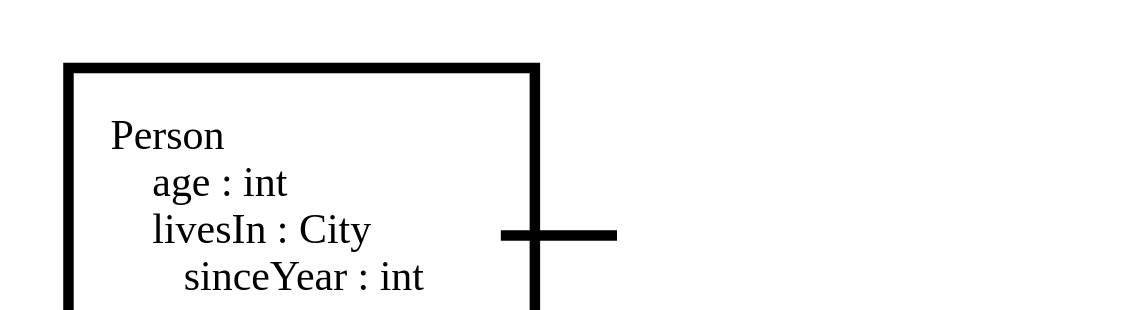
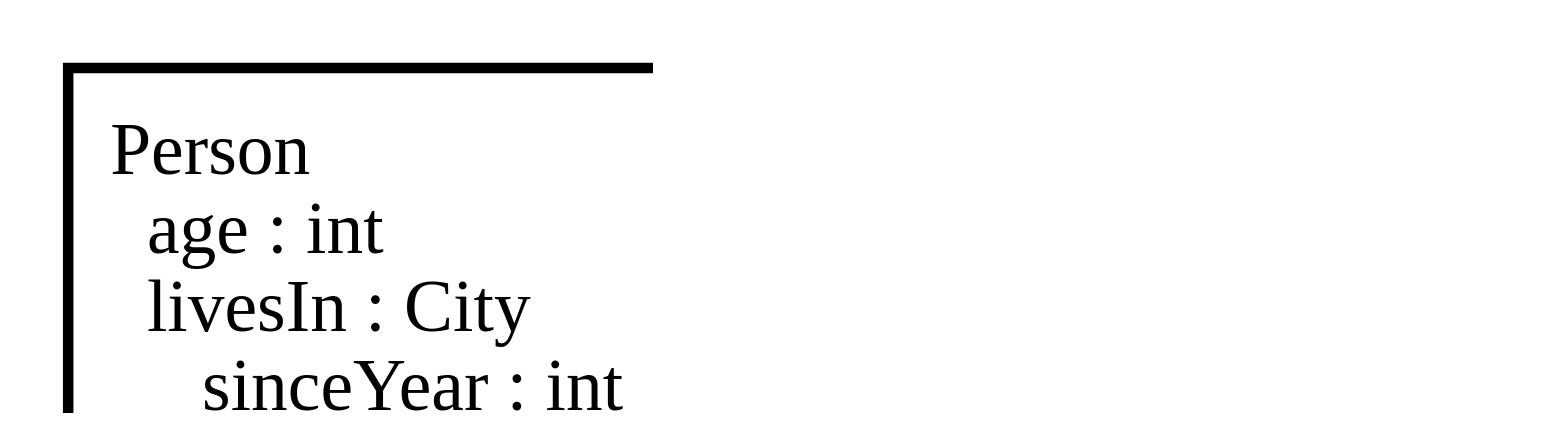
The diagram in question.9251556.problems-with-designing-uml-like-diagrams-in-graphviz/uml-like-graph-using-record-shapes.dot (potherca-blog/StackOverflow), drawn with Graphviz before and after one commit. The commit also changed 4 other files, not shown here.

Commit message:
Minor improvement for question.9251556.problems-with-designing-uml-like-diagrams-in-graphviz

```diff
--- a/question.9251556.problems-with-designing-uml-like-diagrams-in-graphviz/uml-like-graph-using-record-shapes.dot
+++ b/question.9251556.problems-with-designing-uml-like-diagrams-in-graphviz/uml-like-graph-using-record-shapes.dot
@@ -1,45 +1,40 @@
 digraph G {
 
     graph [
         compound = true     // To clip the head at the cluster border
         dpi = 200
-        fontname = "Bitstream Vera Sans"
-        fontsize = 8
         penwidth = 2        // Make the cluster's borders a bit thicker
         rankdir = "LR"
         ranksep = 1        // Add a bit more space inbetween nodes
     ]
 
     node [
         color = none        // Hide the node's border
         fontname = "Bitstream Vera Sans"
-        fontsize = 8
         height = 0          // Make the node as small as possible (it will grow if it needs more space)
         margin = 0          // Remove unneeded whitespace
         shape = "record"
     ]
 
     edge [
         arrowhead = "open"
-        fontname = "Bitstream Vera Sans"
         labelangle = -5     // Place the asteriks closer to the line
-        labelfontsize = 12  // Make the asteriks a bit bigger
         labeldistance = 2.5 // Place the asteriks further away from the arrow head
         penwidth = 2        // Make the line a bit thicker
     ]
 
     /* @NOTE: escaping spaces in the label using '\' doesn't seem to work so using '&nbsp' instead. */
     subgraph cluster_Person {
         Person [
-            label = "\N\l | &nbsp;&nbsp;&nbsp; age : int\l | <livesIn> &nbsp;&nbsp;&nbsp; livesIn : City\l | &nbsp;&nbsp;&nbsp;&nbsp;&nbsp;&nbsp; sinceYear : int\l"
+            label = "\N\l | &#92; &#92; &#92;  age : int\l | <livesIn> &#92; &#92; &#92;  livesIn : City\l | &#92; &#92; &#92; &#92; &#92; &#92;  sinceYear : int\l"
         ]
     }
 
     subgraph cluster_City {
         City [
-            label = "<city> \N\l | &nbsp;&nbsp;&nbsp; name : string\l"
+            label = "<city> \N\l | &#92; &#92; &#92;  name : string\l"
         ]
     }
 
     Person:livesIn -> City:city [headlabel = "*", lhead = "cluster_City"] // lhead allows us to point to the cluster's border instead of the node, as long as we add `compound = true` to the graph
 }
```
